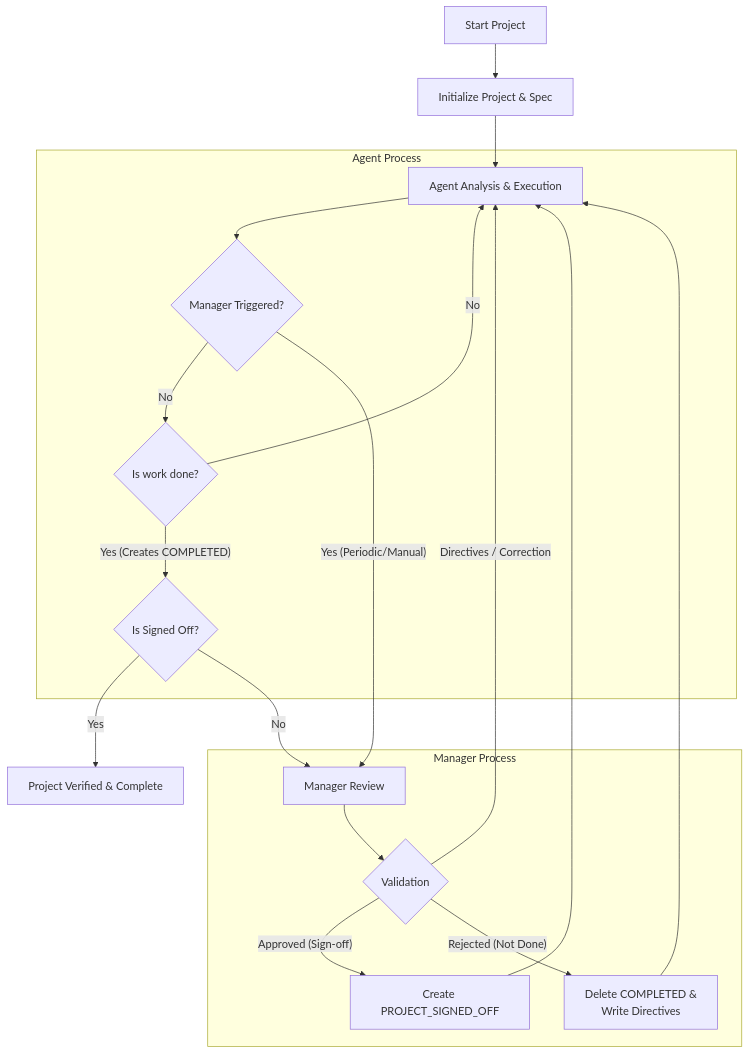
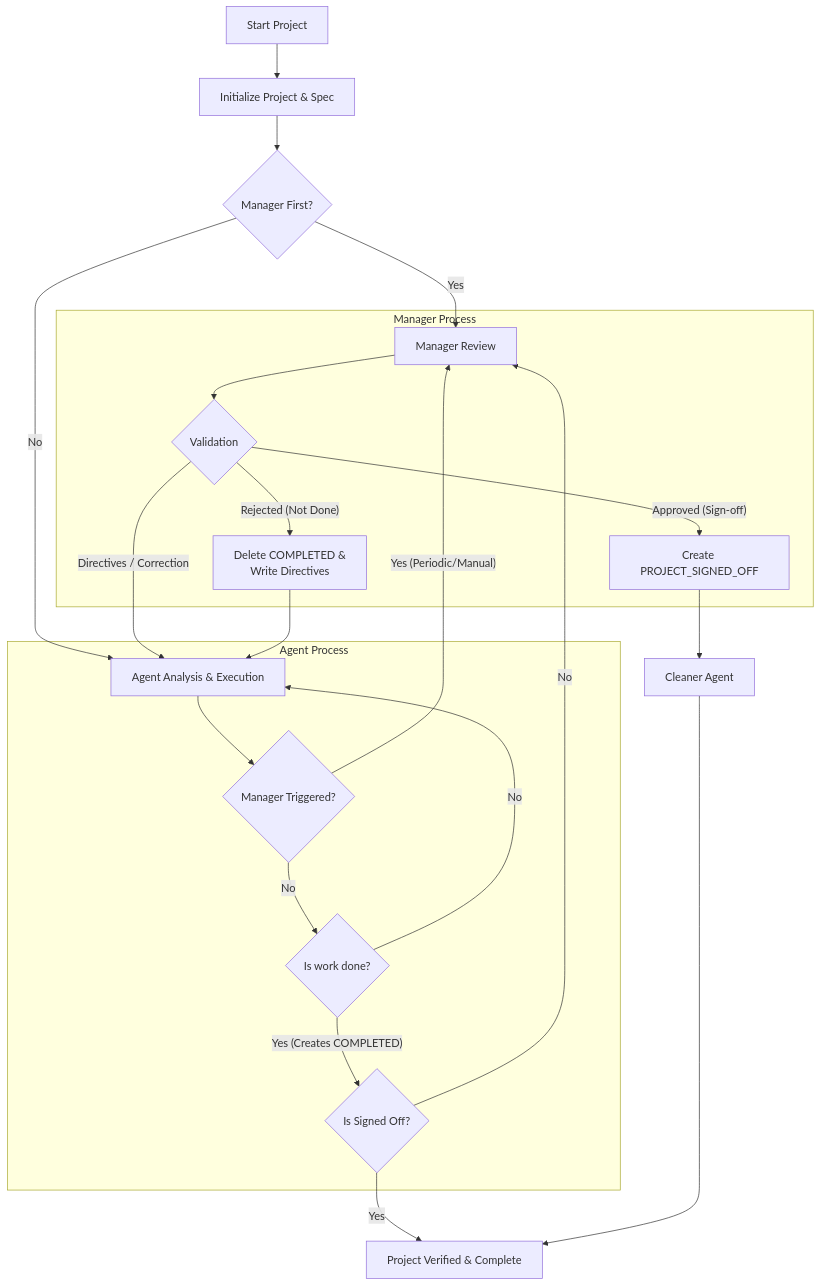
Before and after one commit to process-failed-successfully/combined-autonomous-coding: the diagram in README.md, drawn with Mermaid. The commit also changed other lines of this file and 2 other files, not shown here.

````diff
--- a/README.md
+++ b/README.md
@@ -140,28 +152,31 @@
 ```mermaid
 flowchart TD
     Start[Start Project] --> Init[Initialize Project & Spec]
-    Init --> AgentLoop
+    Init --> CheckFirst{Manager First?}
+    CheckFirst -- Yes --> ManagerStart
+    CheckFirst -- No --> AgentLoop
 
     subgraph Agent Process
         AgentLoop[Agent Analysis & Execution]
         AgentLoop --> CheckTrigger{Manager Triggered?}
         CheckTrigger -- "No" --> CheckDone{Is work done?}
         CheckDone -- No --> AgentLoop
         CheckDone -- Yes (Creates COMPLETED) --> CheckSignOff{Is Signed Off?}
     end
 
     CheckTrigger -- "Yes (Periodic/Manual)" --> ManagerStart
     CheckSignOff -- Yes --> Finish[Project Verified & Complete]
     CheckSignOff -- No --> ManagerStart
 
     subgraph Manager Process
         ManagerStart[Manager Review]
         ManagerStart --> Validation{Validation}
         Validation -- "Directives / Correction" --> AgentLoop
         Validation -- "Approved (Sign-off)" --> SignOff[Create PROJECT_SIGNED_OFF]
         Validation -- "Rejected (Not Done)" --> Reject[Delete COMPLETED &\nWrite Directives]
     end
 
-    SignOff --> AgentLoop
+    SignOff --> CleanerLoop[Cleaner Agent]
+    CleanerLoop --> Finish
     Reject --> AgentLoop
 ```
````
